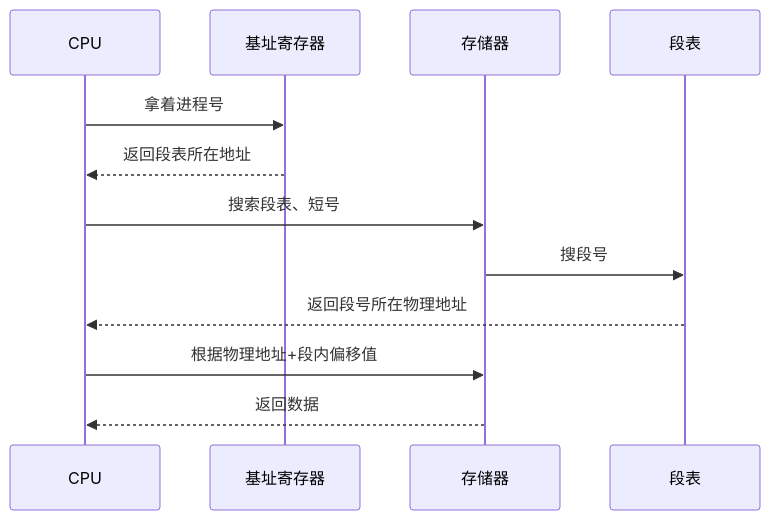
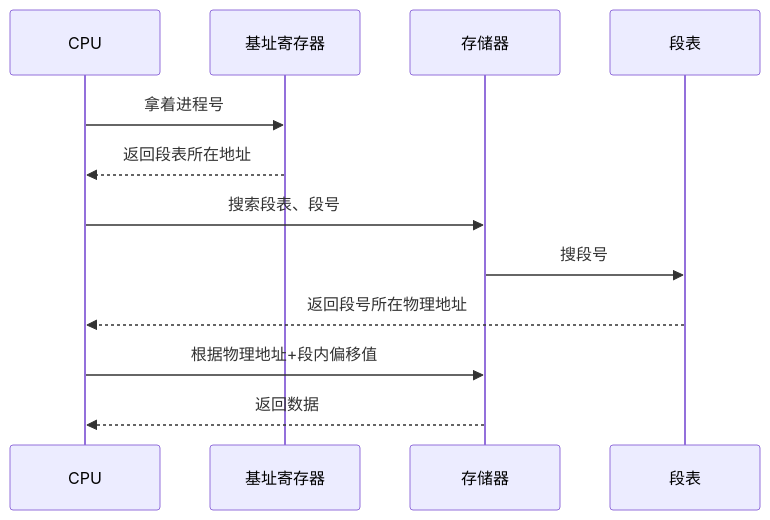
One commit to sorryle/sorryle.github.io changed the second of 4 diagrams in _posts/2021/2021-02-19-system-structure.md. Above: the diagram before and after it, drawn with Mermaid. The commit also changed other lines of this file, not shown here.

````diff
--- a/_posts/2021/2021-02-19-system-structure.md
+++ b/_posts/2021/2021-02-19-system-structure.md
@@ -44,10 +45,10 @@
 ```mermaid
 sequenceDiagram
 	CPU->>基址寄存器:拿着进程号
 	基址寄存器-->>CPU: 返回段表所在地址
-	CPU->>存储器:搜索段表、短号
+	CPU->>存储器:搜索段表、段号
 	存储器->>段表: 搜段号
     段表-->>CPU: 返回段号所在物理地址
     CPU->>存储器: 根据物理地址+段内偏移值
     存储器-->>CPU: 返回数据
 ```
````
